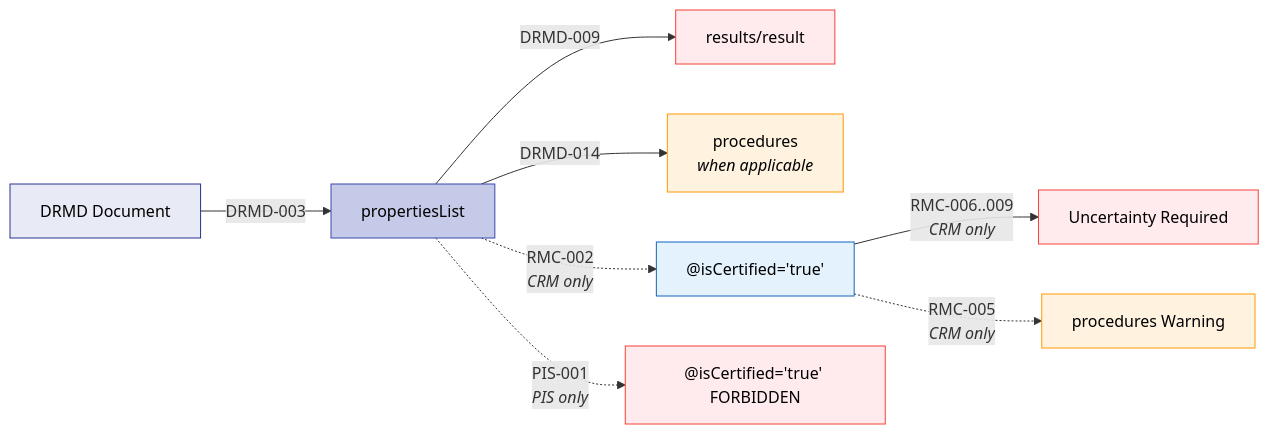
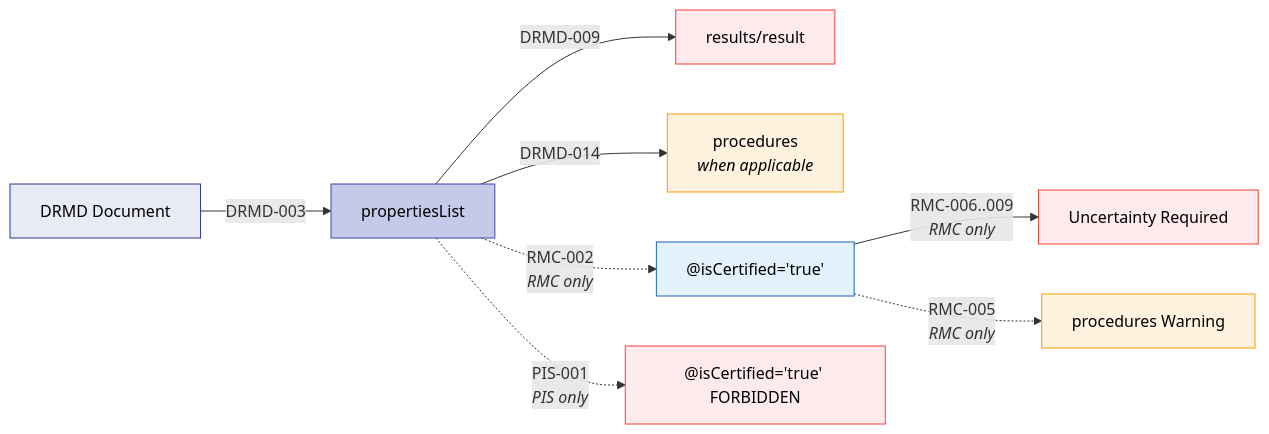
One commit to punitharumilli/BestPracticeDocs changed the second of 2 diagrams in docs/properties.md. Above: the diagram before and after it, drawn with Mermaid. The commit also changed other lines of this file and 24 other files, not shown here.

Commit message:
Align with DRMD schema 1.0.0, DRMD logo, links to BAMresearch

````diff
--- a/docs/properties.md
+++ b/docs/properties.md
@@ -442,22 +455,22 @@
 ```mermaid
 graph LR
     DOC["DRMD Document"]
     DOC -->|"DRMD-003"| PROPS["propertiesList"]
     PROPS -->|"DRMD-009"| RESULTS["results/result"]
     PROPS -->|"DRMD-014"| PROC["procedures<br/><i>when applicable</i>"]
     
-    PROPS -.->|"RMC-002<br/><i>CRM only</i>"| CERT["@isCertified='true'"]
-    CERT -->|"RMC-006..009<br/><i>CRM only</i>"| UNCERT["Uncertainty Required"]
-    CERT -.->|"RMC-005<br/><i>CRM only</i>"| PROC2["procedures Warning"]
+    PROPS -.->|"RMC-002<br/><i>RMC only</i>"| CERT["@isCertified='true'"]
+    CERT -->|"RMC-006..009<br/><i>RMC only</i>"| UNCERT["Uncertainty Required"]
+    CERT -.->|"RMC-005<br/><i>RMC only</i>"| PROC2["procedures Warning"]
 
     PROPS -.->|"PIS-001<br/><i>PIS only</i>"| NOCERT["@isCertified='true' FORBIDDEN"]
 
     style DOC fill:#e8eaf6,color:#000,stroke:#283593
     style PROPS fill:#c5cae9,color:#000,stroke:#3949ab
     style RESULTS fill:#ffebee,color:#000,stroke:#f44336
     style PROC fill:#fff3e0,color:#000,stroke:#ff9800
     style CERT fill:#e3f2fd,color:#000,stroke:#1565c0
     style UNCERT fill:#ffebee,color:#000,stroke:#f44336
     style PROC2 fill:#fff3e0,color:#000,stroke:#ff9800
     style NOCERT fill:#ffebee,color:#000,stroke:#f44336
 ```
````
